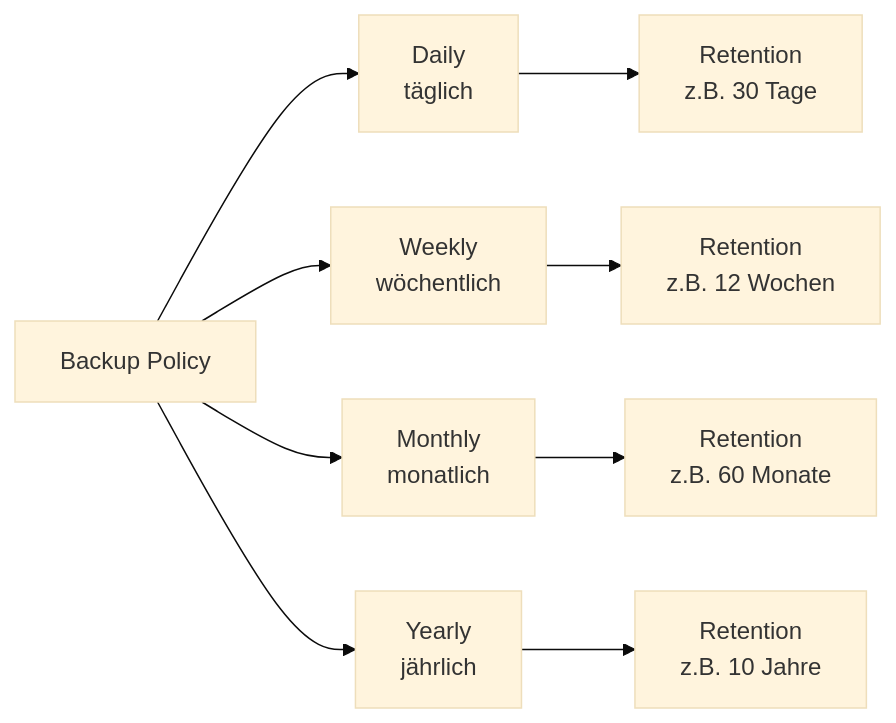
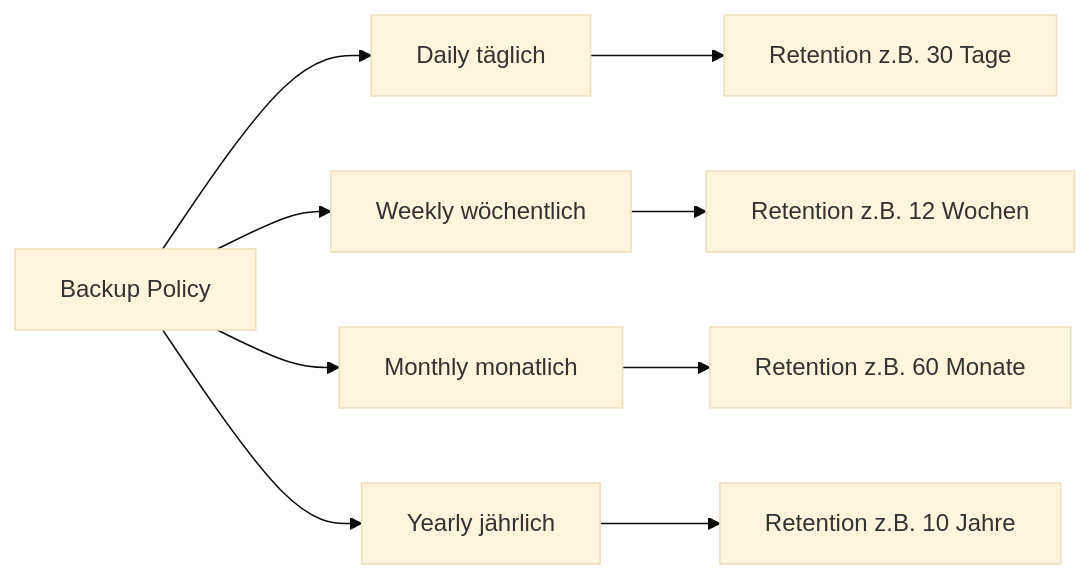
Before and after one commit to SoniiiT/notes-n-docs: the second of 5 diagrams in Microsoft 365/Azure/Monitor und Management/Azure Backup.md, drawn with Mermaid (base theme). The commit also changed other lines of this file and 124 other files, not shown here.

First line of the commit message:
fix: Entferne \n aus allen Mermaid-Diagrammen (125 Dateien)

````diff
--- a/Microsoft 365/Azure/Monitor und Management/Azure Backup.md
+++ b/Microsoft 365/Azure/Monitor und Management/Azure Backup.md
@@ -115,11 +115,11 @@
 ```mermaid
 graph LR
-    A[Backup Policy] --> B[Daily\ntäglich]
-    A --> C[Weekly\nwöchentlich]
-    A --> D[Monthly\nmonatlich]
-    A --> E[Yearly\njährlich]
-    B --> F[Retention\nz.B. 30 Tage]
-    C --> G[Retention\nz.B. 12 Wochen]
-    D --> H[Retention\nz.B. 60 Monate]
-    E --> I[Retention\nz.B. 10 Jahre]
+    A[Backup Policy] --> B[Daily täglich]
+    A --> C[Weekly wöchentlich]
+    A --> D[Monthly monatlich]
+    A --> E[Yearly jährlich]
+    B --> F[Retention z.B. 30 Tage]
+    C --> G[Retention z.B. 12 Wochen]
+    D --> H[Retention z.B. 60 Monate]
+    E --> I[Retention z.B. 10 Jahre]
 ```
````
